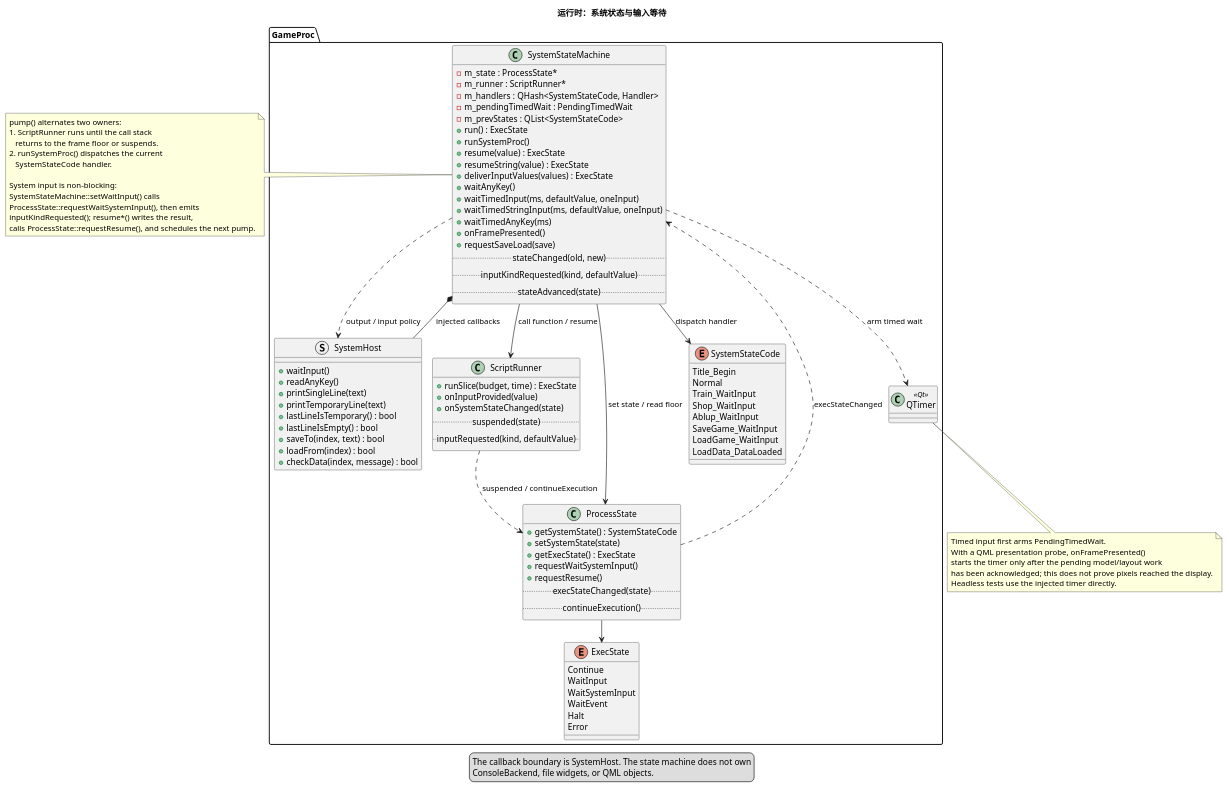
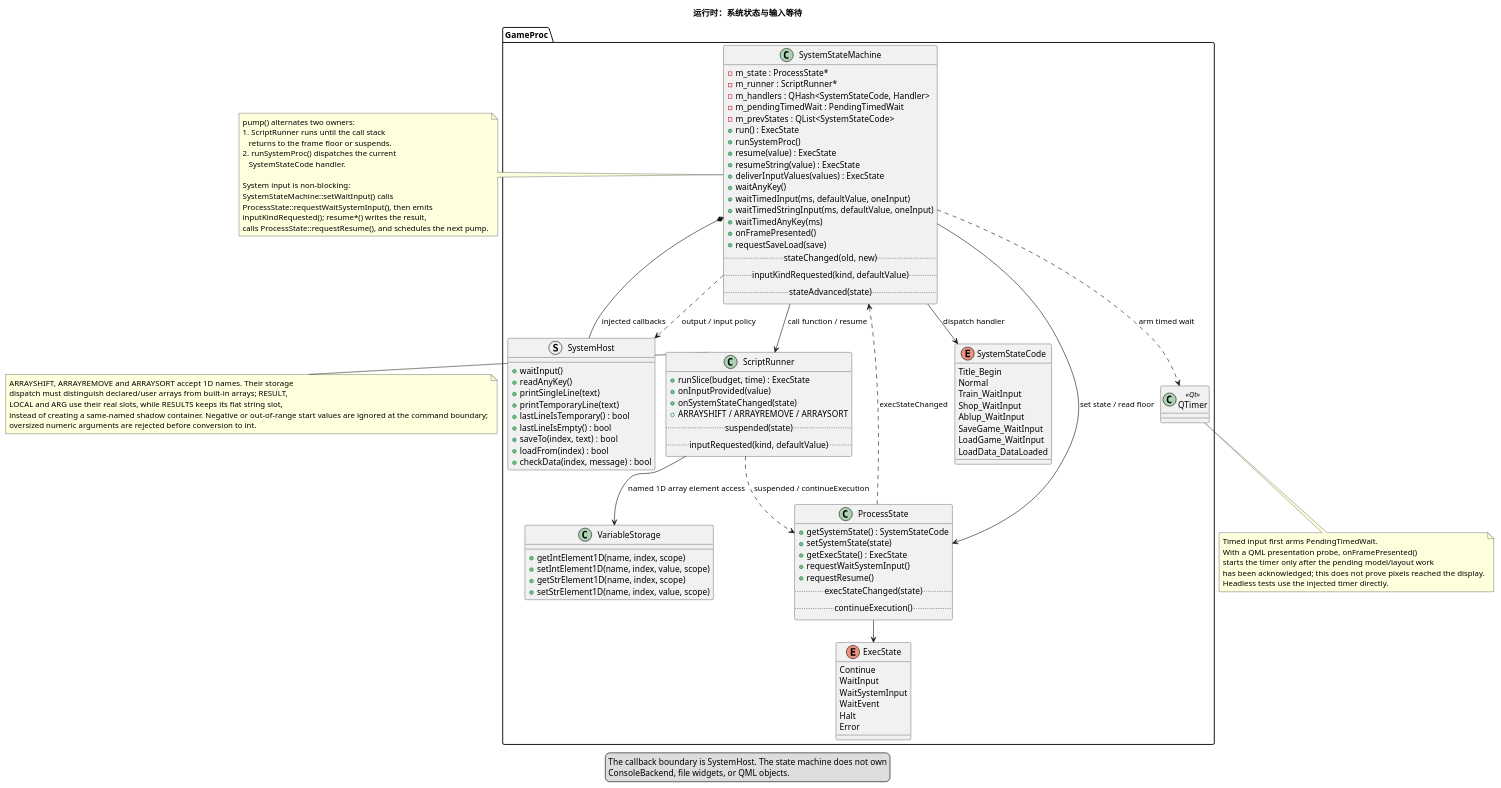
The diagram in docs/uml/03-runtime-system.puml (yigekuyou/qt-eraemu), drawn with PlantUML before and after one commit. The commit also changed 9 other files, not shown here.

```diff
--- a/docs/uml/03-runtime-system.puml
+++ b/docs/uml/03-runtime-system.puml
@@ -1,120 +1,137 @@
 @startuml 03-runtime-system
 !pragma layout smetana
 ' 运行时责任 2/4：系统状态、脚本帧底与输入等待
 ' 来源：GameProc/system_state_machine.h, process_state.h, script_runner.h
 
 title 运行时：系统状态与输入等待
 
 package "GameProc" {
   class SystemStateMachine {
     - m_state : ProcessState*
     - m_runner : ScriptRunner*
     - m_handlers : QHash<SystemStateCode, Handler>
     - m_pendingTimedWait : PendingTimedWait
     - m_prevStates : QList<SystemStateCode>
     + run() : ExecState
     + runSystemProc()
     + resume(value) : ExecState
     + resumeString(value) : ExecState
     + deliverInputValues(values) : ExecState
     + waitAnyKey()
     + waitTimedInput(ms, defaultValue, oneInput)
     + waitTimedStringInput(ms, defaultValue, oneInput)
     + waitTimedAnyKey(ms)
     + onFramePresented()
     + requestSaveLoad(save)
     .. stateChanged(old, new) ..
     .. inputKindRequested(kind, defaultValue) ..
     .. stateAdvanced(state) ..
   }
 
   struct SystemHost {
     + waitInput()
     + readAnyKey()
     + printSingleLine(text)
     + printTemporaryLine(text)
     + lastLineIsTemporary() : bool
     + lastLineIsEmpty() : bool
     + saveTo(index, text) : bool
     + loadFrom(index) : bool
     + checkData(index, message) : bool
   }
 
   class ScriptRunner {
     + runSlice(budget, time) : ExecState
     + onInputProvided(value)
     + onSystemStateChanged(state)
+    + ARRAYSHIFT / ARRAYREMOVE / ARRAYSORT
     .. suspended(state) ..
     .. inputRequested(kind, defaultValue) ..
+  }
+
+  class VariableStorage {
+    + getIntElement1D(name, index, scope)
+    + setIntElement1D(name, index, value, scope)
+    + getStrElement1D(name, index, scope)
+    + setStrElement1D(name, index, value, scope)
   }
 
   class ProcessState {
     + getSystemState() : SystemStateCode
     + setSystemState(state)
     + getExecState() : ExecState
     + requestWaitSystemInput()
     + requestResume()
     .. execStateChanged(state) ..
     .. continueExecution() ..
   }
 
   enum SystemStateCode {
     Title_Begin
     Normal
     Train_WaitInput
     Shop_WaitInput
     Ablup_WaitInput
     SaveGame_WaitInput
     LoadGame_WaitInput
     LoadData_DataLoaded
   }
 
   enum ExecState {
     Continue
     WaitInput
     WaitSystemInput
     WaitEvent
     Halt
     Error
   }
 
   class QTimer <<Qt>>
 }
 
 SystemStateMachine *-- SystemHost : injected callbacks
 SystemStateMachine --> ProcessState : set state / read floor
 SystemStateMachine --> ScriptRunner : call function / resume
 SystemStateMachine --> SystemStateCode : dispatch handler
 ProcessState --> ExecState
 ProcessState ..> SystemStateMachine : execStateChanged
 ScriptRunner ..> ProcessState : suspended / continueExecution
 SystemStateMachine ..> QTimer : arm timed wait
 SystemStateMachine ..> SystemHost : output / input policy
+ScriptRunner --> VariableStorage : named 1D array element access
+
+note right of ScriptRunner
+  ARRAYSHIFT, ARRAYREMOVE and ARRAYSORT accept 1D names. Their storage
+  dispatch must distinguish declared/user arrays from built-in arrays; RESULT,
+  LOCAL and ARG use their real slots, while RESULTS keeps its flat string slot,
+  instead of creating a same-named shadow container. Negative or out-of-range start values are ignored at the command boundary;
+  oversized numeric arguments are rejected before conversion to int.
+end note
 
 note right of SystemStateMachine
   pump() alternates two owners:
   1. ScriptRunner runs until the call stack
      returns to the frame floor or suspends.
   2. runSystemProc() dispatches the current
      SystemStateCode handler.
 
   System input is non-blocking:
   SystemStateMachine::setWaitInput() calls
   ProcessState::requestWaitSystemInput(), then emits
   inputKindRequested(); resume*() writes the result,
   calls ProcessState::requestResume(), and schedules the next pump.
 end note
 
 note bottom of QTimer
   Timed input first arms PendingTimedWait.
   With a QML presentation probe, onFramePresented()
   starts the timer only after the pending model/layout work
   has been acknowledged; this does not prove pixels reached the display.
   Headless tests use the injected timer directly.
 end note
 
 legend bottom
   The callback boundary is SystemHost. The state machine does not own
   ConsoleBackend, file widgets, or QML objects.
 endlegend
 @enduml
```
